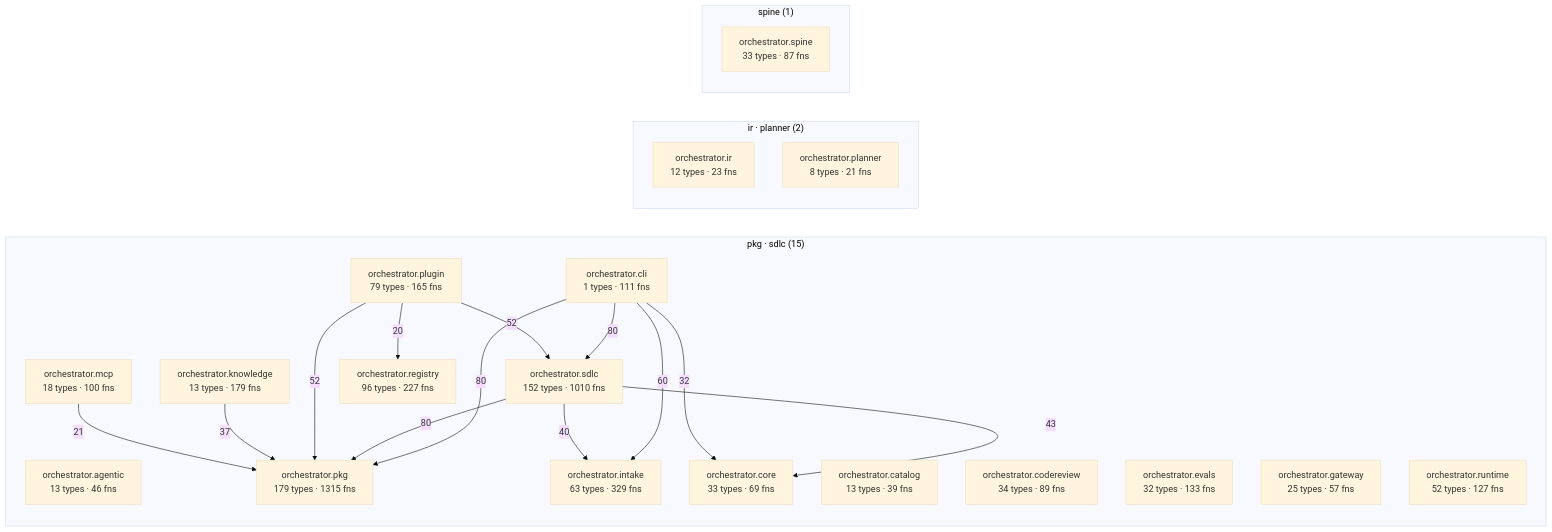
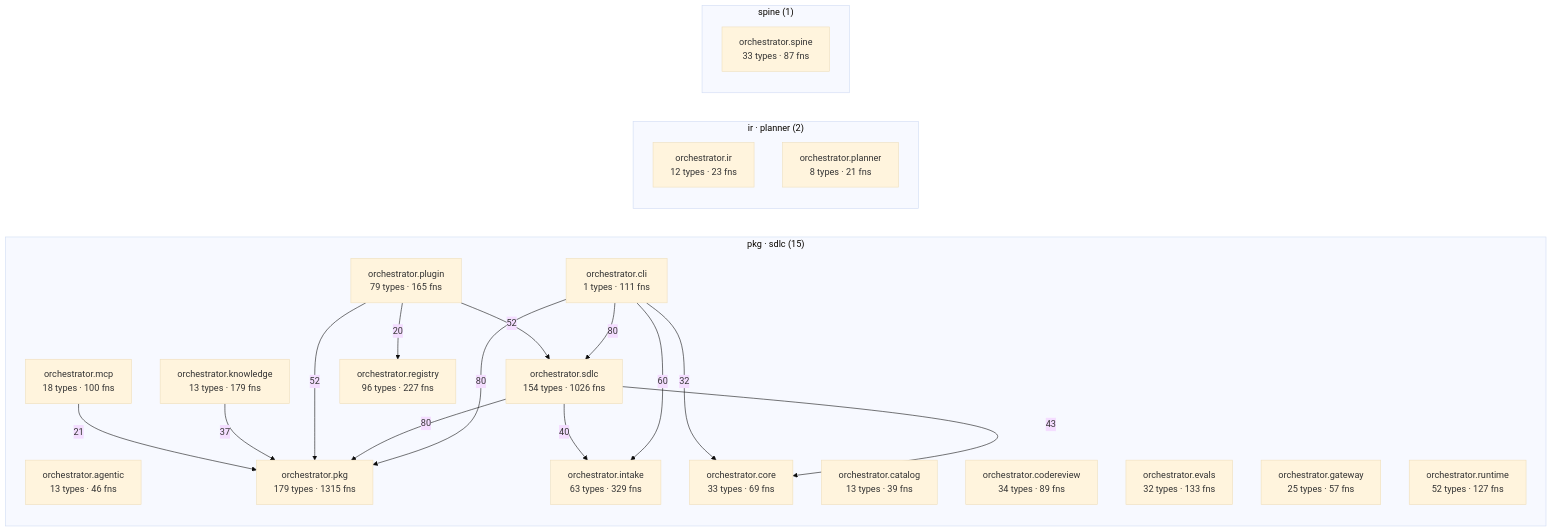
Before and after one commit to synaptixs/spine: the diagram in episteme/architecture.md, drawn with Mermaid (base theme). The commit also changed other lines of this file and 16 other files, not shown here.

````diff
--- a/episteme/architecture.md
+++ b/episteme/architecture.md
@@ -56,39 +56,39 @@
 ```mermaid
 flowchart LR
   subgraph c_2["pkg · sdlc (15)"]
     aorchestratoragentic["orchestrator.agentic<br/>13 types · 46 fns"]
     aorchestratorcatalog["orchestrator.catalog<br/>13 types · 39 fns"]
     aorchestratorcli["orchestrator.cli<br/>1 types · 111 fns"]
     aorchestratorcodereview["orchestrator.codereview<br/>34 types · 89 fns"]
     aorchestratorcore["orchestrator.core<br/>33 types · 69 fns"]
     aorchestratorevals["orchestrator.evals<br/>32 types · 133 fns"]
     aorchestratorgateway["orchestrator.gateway<br/>25 types · 57 fns"]
     aorchestratorintake["orchestrator.intake<br/>63 types · 329 fns"]
     aorchestratorknowledge["orchestrator.knowledge<br/>13 types · 179 fns"]
     aorchestratormcp["orchestrator.mcp<br/>18 types · 100 fns"]
     aorchestratorpkg["orchestrator.pkg<br/>179 types · 1315 fns"]
     aorchestratorplugin["orchestrator.plugin<br/>79 types · 165 fns"]
     aorchestratorregistry["orchestrator.registry<br/>96 types · 227 fns"]
     aorchestratorruntime["orchestrator.runtime<br/>52 types · 127 fns"]
-    aorchestratorsdlc["orchestrator.sdlc<br/>152 types · 1010 fns"]
+    aorchestratorsdlc["orchestrator.sdlc<br/>154 types · 1026 fns"]
   end
   subgraph c_5["ir · planner (2)"]
     aorchestratorir["orchestrator.ir<br/>12 types · 23 fns"]
     aorchestratorplanner["orchestrator.planner<br/>8 types · 21 fns"]
   end
   subgraph c_10["spine (1)"]
     aorchestratorspine["orchestrator.spine<br/>33 types · 87 fns"]
   end
   aorchestratorcli -->|80| aorchestratorpkg
   aorchestratorcli -->|80| aorchestratorsdlc
   aorchestratorsdlc -->|80| aorchestratorpkg
   aorchestratorcli -->|60| aorchestratorintake
   aorchestratorplugin -->|52| aorchestratorpkg
   aorchestratorplugin -->|52| aorchestratorsdlc
   aorchestratorsdlc -->|43| aorchestratorcore
   aorchestratorsdlc -->|40| aorchestratorintake
   aorchestratorknowledge -->|37| aorchestratorpkg
   aorchestratorcli -->|32| aorchestratorcore
   aorchestratormcp -->|21| aorchestratorpkg
   aorchestratorplugin -->|20| aorchestratorregistry
 ```
````
